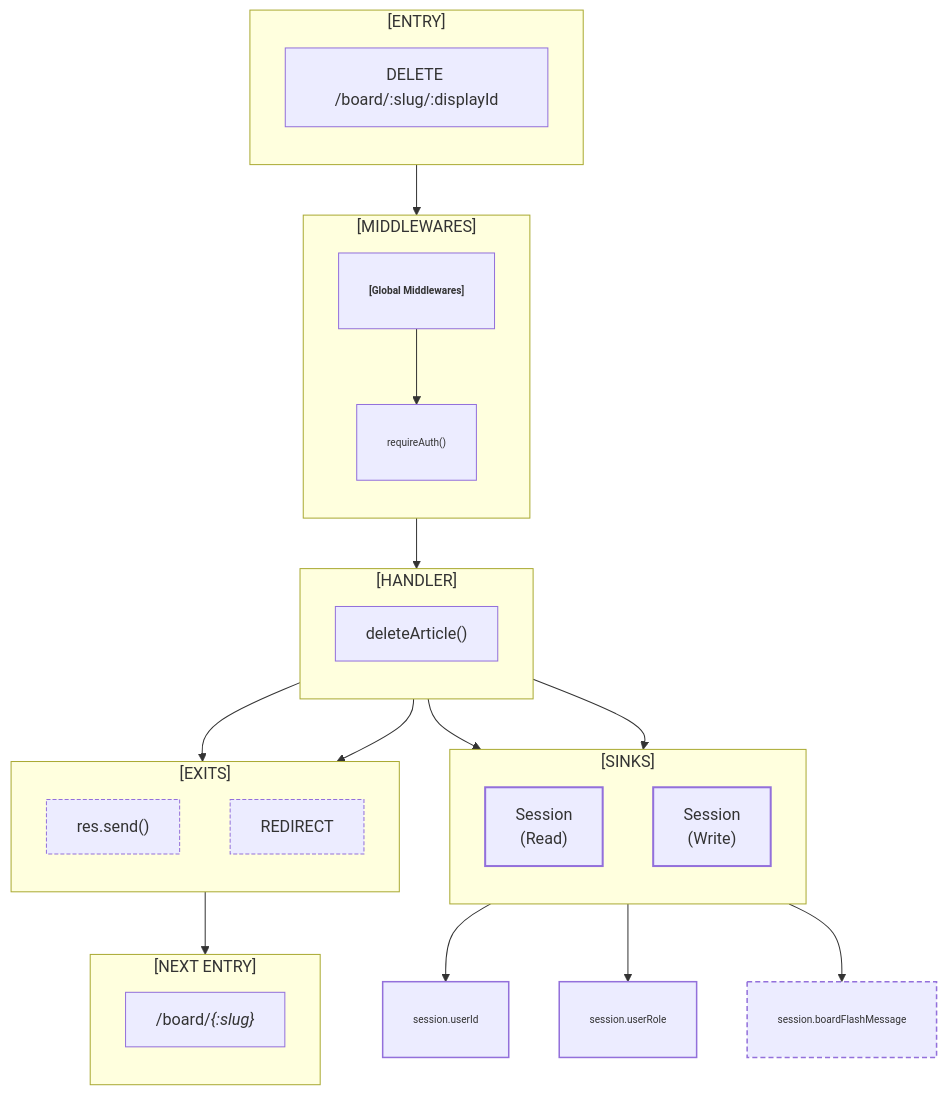
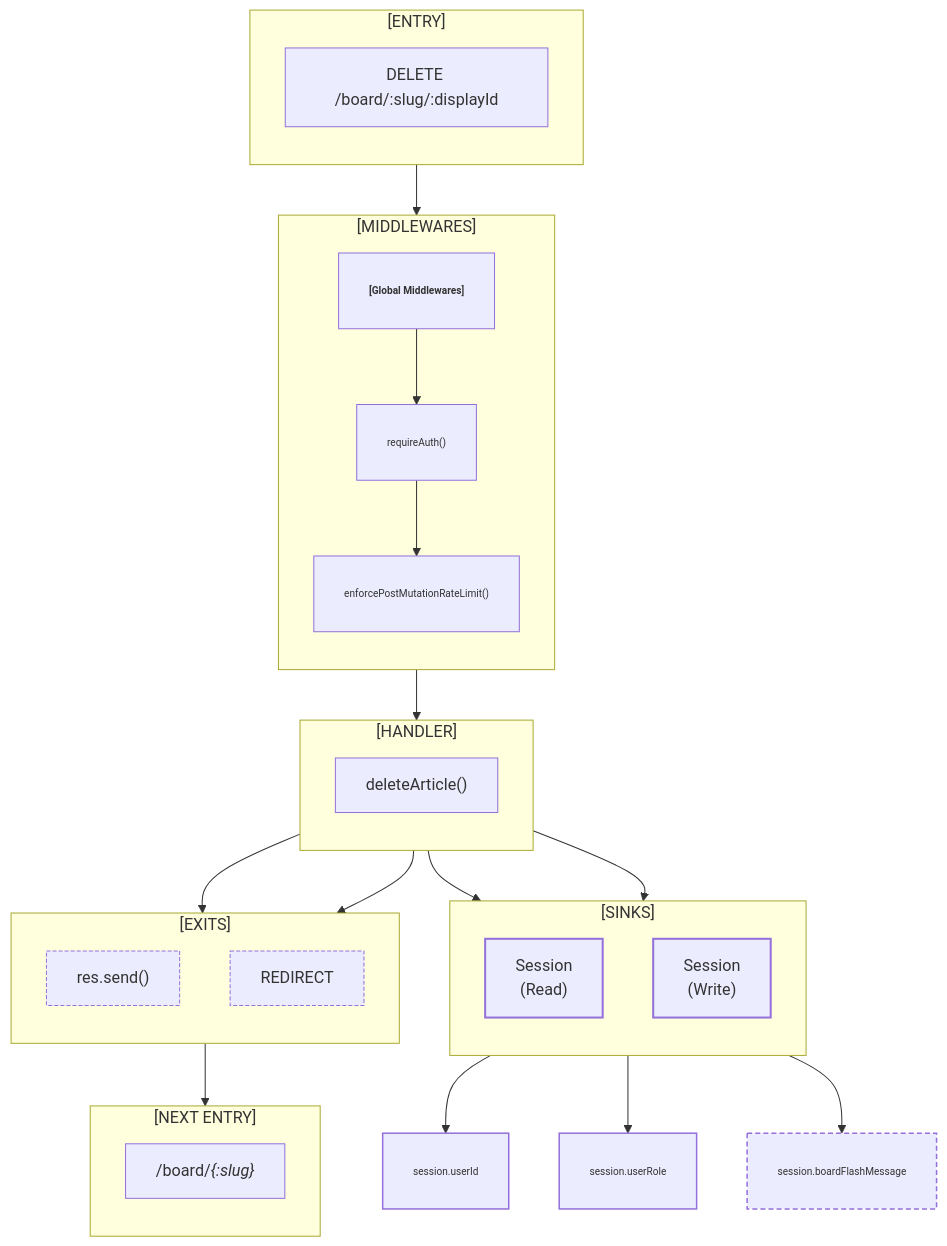
One commit to irondenker/my-code-my-kill changed the diagram in docs/flowmap/flows/DELETE__board_slug_displayId.mmd. Above: the diagram before and after it, drawn with Mermaid. The commit also changed 41 other files, not shown here.

Commit message:
🚀 Feat: Add lab-options defense toggles with rate-limit and captcha guards

```diff
--- a/docs/flowmap/flows/DELETE__board_slug_displayId.mmd
+++ b/docs/flowmap/flows/DELETE__board_slug_displayId.mmd
@@ -1,57 +1,59 @@
 flowchart TD
 subgraph ENTRY_BLOCK["[ENTRY]"]
 direction TB
 ENTRY["DELETE /board/:slug/:displayId"]
 end
 subgraph MIDDLEWARES["[MIDDLEWARES]"]
 direction TB
 MIDDLEWARE1["<b>[Global Middlewares]</b>"]
 MIDDLEWARE2["requireAuth()"]
+MIDDLEWARE3["enforcePostMutationRateLimit()"]
 end
 ENTRY --> MIDDLEWARE1
 MIDDLEWARE1 --> MIDDLEWARE2
+MIDDLEWARE2 --> MIDDLEWARE3
 subgraph HANDLER_BLOCK["[HANDLER]"]
 direction TB
 HANDLER["deleteArticle()"]
 end
-MIDDLEWARE2 --> HANDLER
+MIDDLEWARE3 --> HANDLER
 subgraph SINKS["[SINKS]"]
 direction TB
 SINK1["Session<br/>(Read)"]
 SINK2["Session<br/>(Write)"]
 end
 HANDLER --> SINK1
 HANDLER --> SINK2
 SINK_READ_KEY1["session.userId"]
 SINK_READ_KEY2["session.userRole"]
 SINK1 --> SINK_READ_KEY1
 SINK1 --> SINK_READ_KEY2
 SINK_WRITE_KEY1["session.boardFlashMessage"]
 SINK2 --> SINK_WRITE_KEY1
 subgraph EXITS["[EXITS]"]
 direction TB
 EXIT1["res.send()"]
 EXIT2["REDIRECT"]
 end
 HANDLER --> EXIT1
 HANDLER --> EXIT2
 subgraph NEXT_ENTRY["[NEXT ENTRY]"]
 direction TB
 NEXT_ENTRY1["/board/<i>{:slug}</i>"]
 end
 EXIT2 --> NEXT_ENTRY1
 classDef middleware font-size:10px,padding:2px,stroke-width:1;
 classDef diagnostics stroke-dasharray: 2 2;
 classDef sink stroke-width:2;
 classDef sessionKey font-size:10px,padding:2px;
 classDef flash stroke-dasharray: 5 3,stroke-width:1.5;
 classDef auth stroke-dasharray: 0,stroke-width:1.5;
 classDef other stroke:#6b7280;
 classDef exit stroke-dasharray: 4 2;
-class MIDDLEWARE1,MIDDLEWARE2 middleware;
+class MIDDLEWARE1,MIDDLEWARE2,MIDDLEWARE3 middleware;
 class SINK1,SINK2 sink;
 class SINK_READ_KEY1,SINK_READ_KEY2 sessionKey;
 class SINK_WRITE_KEY1 sessionKey;
 class SINK_WRITE_KEY1 flash;
 class SINK_READ_KEY1,SINK_READ_KEY2 auth;
 class EXIT1,EXIT2 exit;
```
